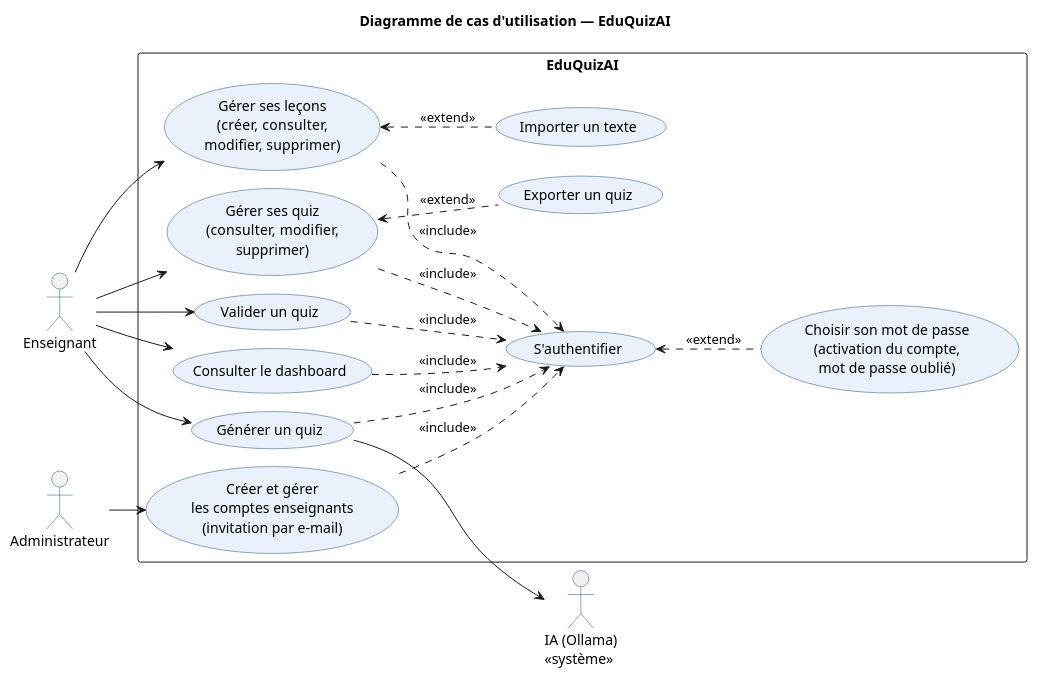
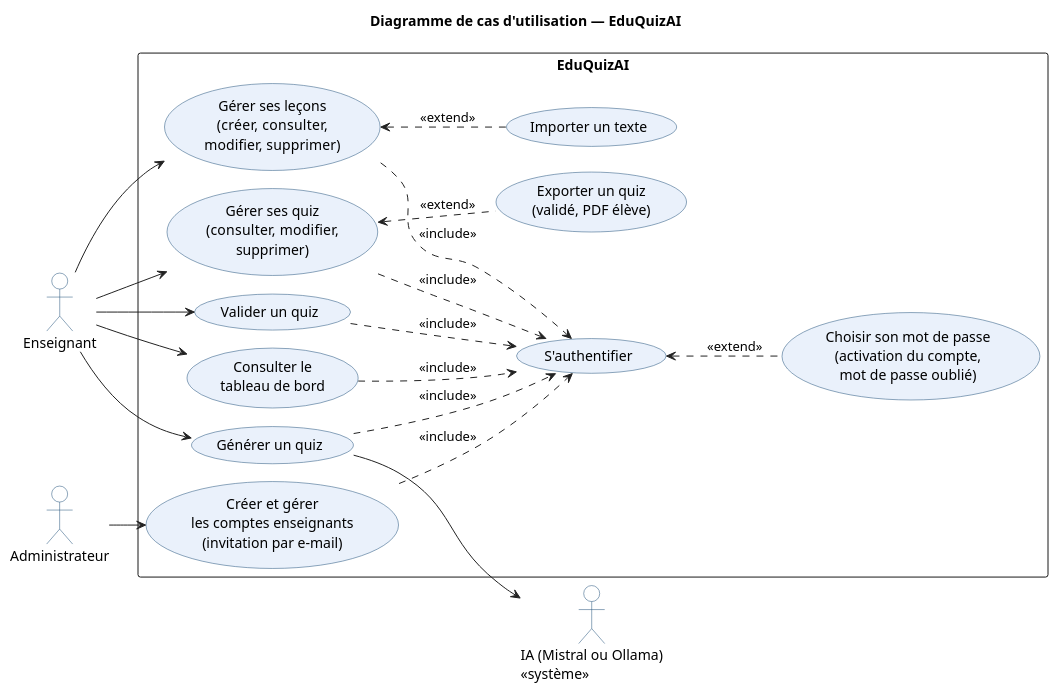
Before and after one commit to FantoniStephane/eduquizai: the diagram in docs/conception/diagrammes/cas_utilisation.puml, drawn with PlantUML. The commit also changed 2 other files, not shown here.

Commit message:
docs(conception): cas d'utilisation (IA Mistral ou Ollama, tableau de bord, export) et types du MCD alignés sur MongoDB

```diff
--- a/docs/conception/diagrammes/cas_utilisation.puml
+++ b/docs/conception/diagrammes/cas_utilisation.puml
@@ -1,51 +1,53 @@
 @startuml cas_utilisation
 !pragma layout smetana
 left to right direction
 skinparam packageStyle rectangle
 skinparam shadowing false
 skinparam defaultFontName Arial
 skinparam usecase {
   BackgroundColor #EAF1FB
   BorderColor #1F4E79
 }
 skinparam actorBorderColor #1F4E79
+skinparam actorBackgroundColor #FFFFFF
+skinparam ArrowColor #222222
 title Diagramme de cas d'utilisation — EduQuizAI
 
 actor "Enseignant" as ENS
 actor "Administrateur" as ADM
-actor "IA (Ollama)\n<<système>>" as IA
+actor "IA (Mistral ou Ollama)\n<<système>>" as IA
 
 rectangle "EduQuizAI" {
   usecase "Choisir son mot de passe\n(activation du compte,\nmot de passe oublié)" as UC_MDP
   usecase "S'authentifier" as UC_AUTH
-  usecase "Consulter le dashboard" as UC_DASH
+  usecase "Consulter le\ntableau de bord" as UC_DASH
   usecase "Gérer ses leçons\n(créer, consulter,\nmodifier, supprimer)" as UC_LECON
   usecase "Gérer ses quiz\n(consulter, modifier,\nsupprimer)" as UC_QUIZ
   usecase "Générer un quiz" as UC_GEN
   usecase "Valider un quiz" as UC_VAL
   usecase "Importer un texte" as UC_IMP
-  usecase "Exporter un quiz" as UC_EXP
+  usecase "Exporter un quiz\n(validé, PDF élève)" as UC_EXP
   usecase "Créer et gérer\nles comptes enseignants\n(invitation par e-mail)" as UC_COMPTES
 }
 
 ENS --> UC_DASH
 ENS --> UC_LECON
 ENS --> UC_QUIZ
 ENS --> UC_GEN
 ENS --> UC_VAL
 UC_AUTH <.. UC_MDP : <<extend>>
 UC_LECON <.. UC_IMP : <<extend>>
 UC_QUIZ <.. UC_EXP : <<extend>>
 ADM --> UC_COMPTES
 UC_GEN --> IA
 
 UC_DASH ..> UC_AUTH : <<include>>
 UC_LECON ..> UC_AUTH : <<include>>
 UC_QUIZ ..> UC_AUTH : <<include>>
 UC_GEN ..> UC_AUTH : <<include>>
 UC_VAL ..> UC_AUTH : <<include>>
 
 
 UC_COMPTES ..> UC_AUTH : <<include>>
 
 @enduml
```
